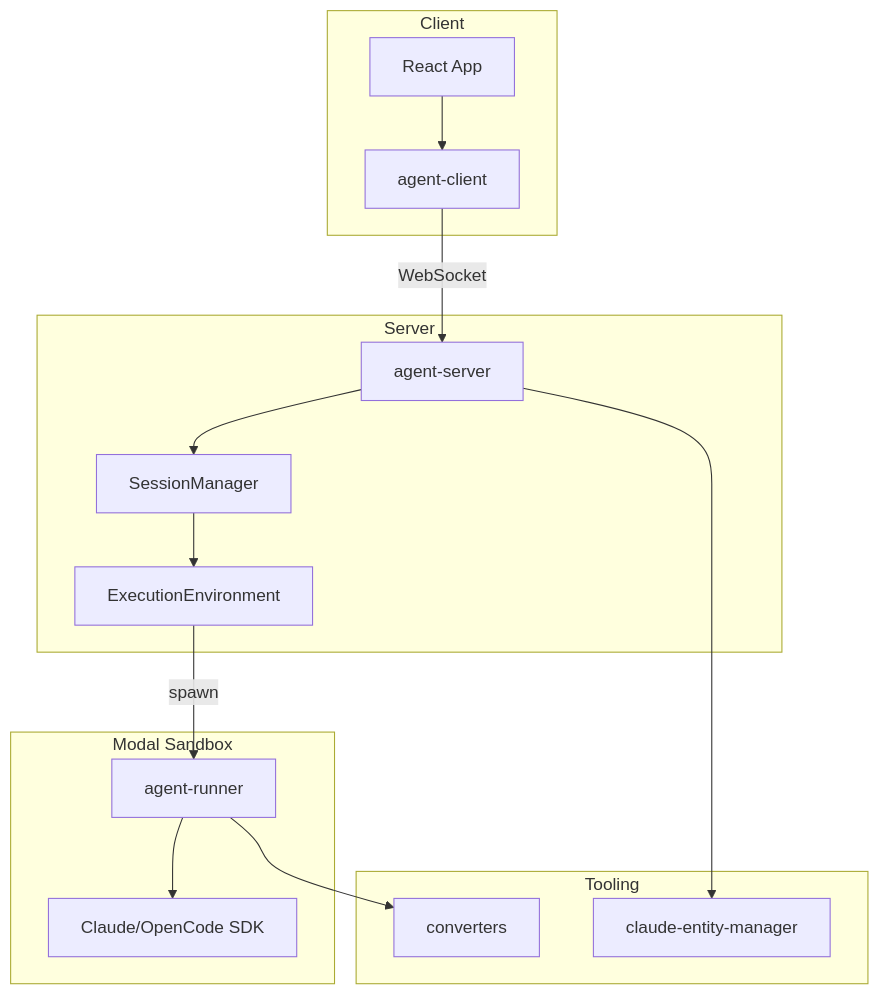
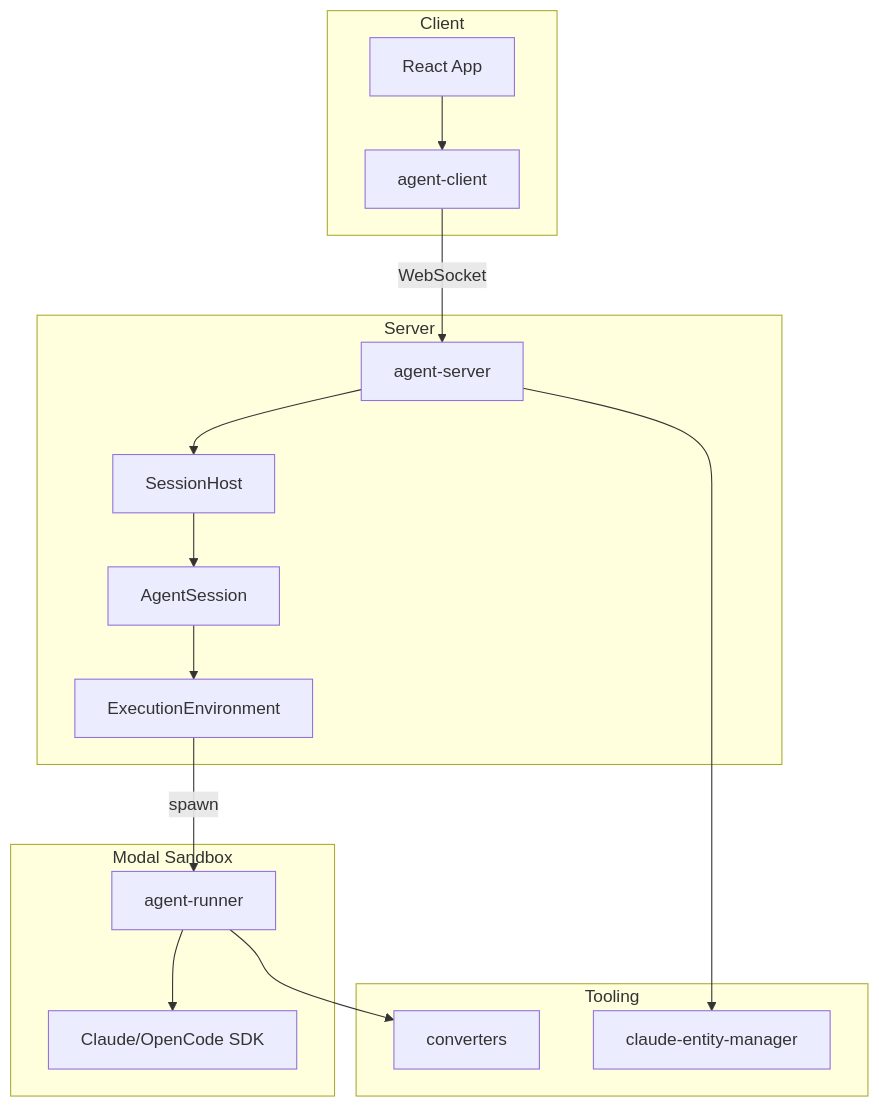
The diagram in docs/system/architecture-overview.md (hhopkins95/ai-systems), drawn with Mermaid before and after one commit. The commit also changed other lines of this file and 6 other files, not shown here.

First line of the commit message:
Enhance documentation and architecture for session management and event handling

````diff
--- a/docs/system/architecture-overview.md
+++ b/docs/system/architecture-overview.md
@@ -16,25 +16,26 @@
 ```mermaid
 flowchart TB
     subgraph Client
         RC[React App] --> AC[agent-client]
     end
 
     subgraph Server
         AC -->|WebSocket| AS[agent-server]
-        AS --> SM[SessionManager]
-        SM --> EE[ExecutionEnvironment]
+        AS --> SH[SessionHost]
+        SH --> Sessions[AgentSession]
+        Sessions --> EE[ExecutionEnvironment]
     end
 
     subgraph Sandbox["Modal Sandbox"]
         EE -->|spawn| AR[agent-runner]
         AR --> SDK[Claude/OpenCode SDK]
     end
 
     subgraph Tooling
         CEM[claude-entity-manager]
         CV[converters]
     end
 
     AS --> CEM
     AR --> CV
 ```
````
